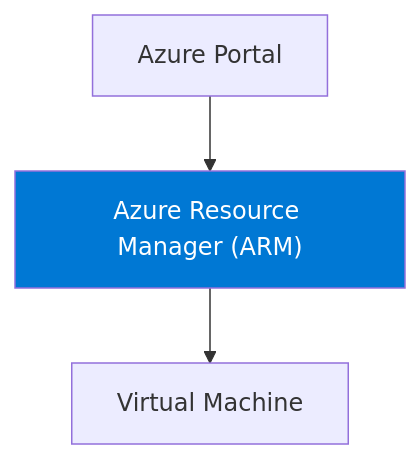
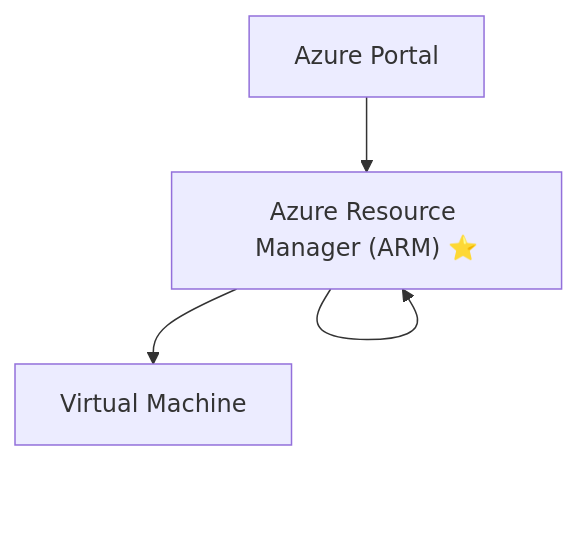
The diagram in docs/02-azure-architecture/10-azure-resource-manager.md (zhyordanova/azure-fundamentals-handbook), drawn with Mermaid before and after one commit.

Commit message:
chore: fix diagram

````diff
--- a/docs/02-azure-architecture/10-azure-resource-manager.md
+++ b/docs/02-azure-architecture/10-azure-resource-manager.md
@@ -25,11 +25,8 @@
 ```mermaid
 flowchart TD
     Portal["Azure Portal"]
-    ARM["Azure Resource Manager (ARM)"]
+    ARM["Azure Resource Manager (ARM) ⭐"]
     VM["Virtual Machine"]
 
-    Portal --> ARM
-    ARM --> VM
-
-    style ARM fill:#0078D4,color:#ffffff
+    Portal --> ARM --> ARM --> VM
 ```
````
